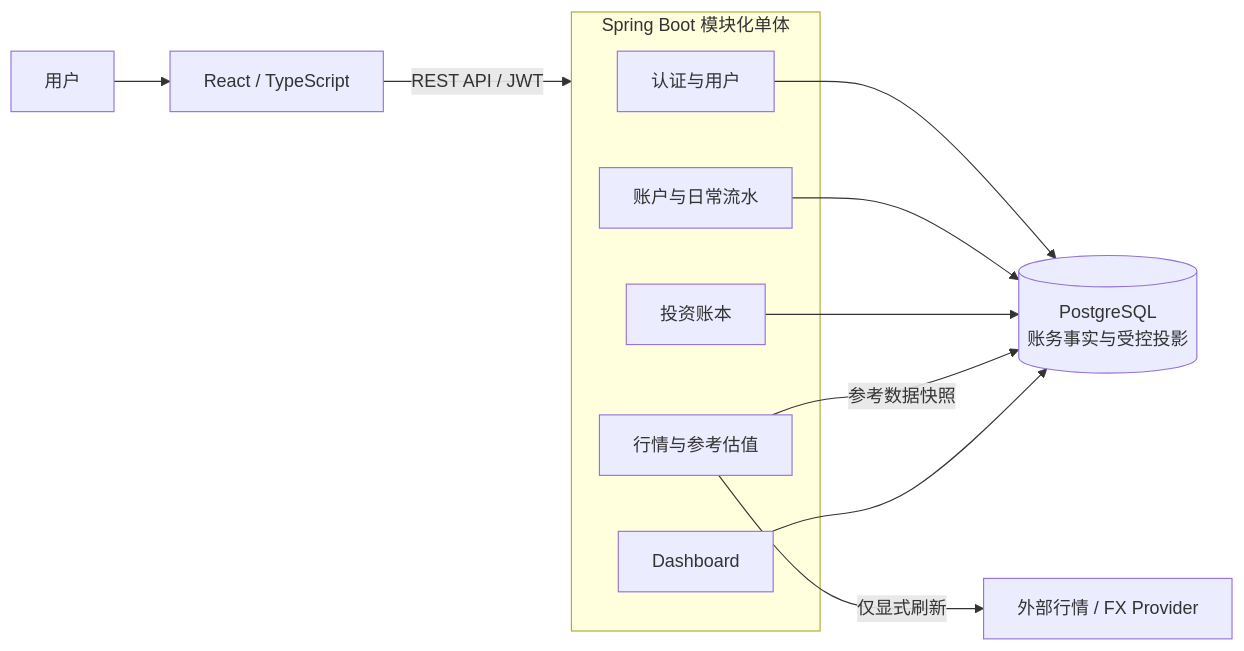
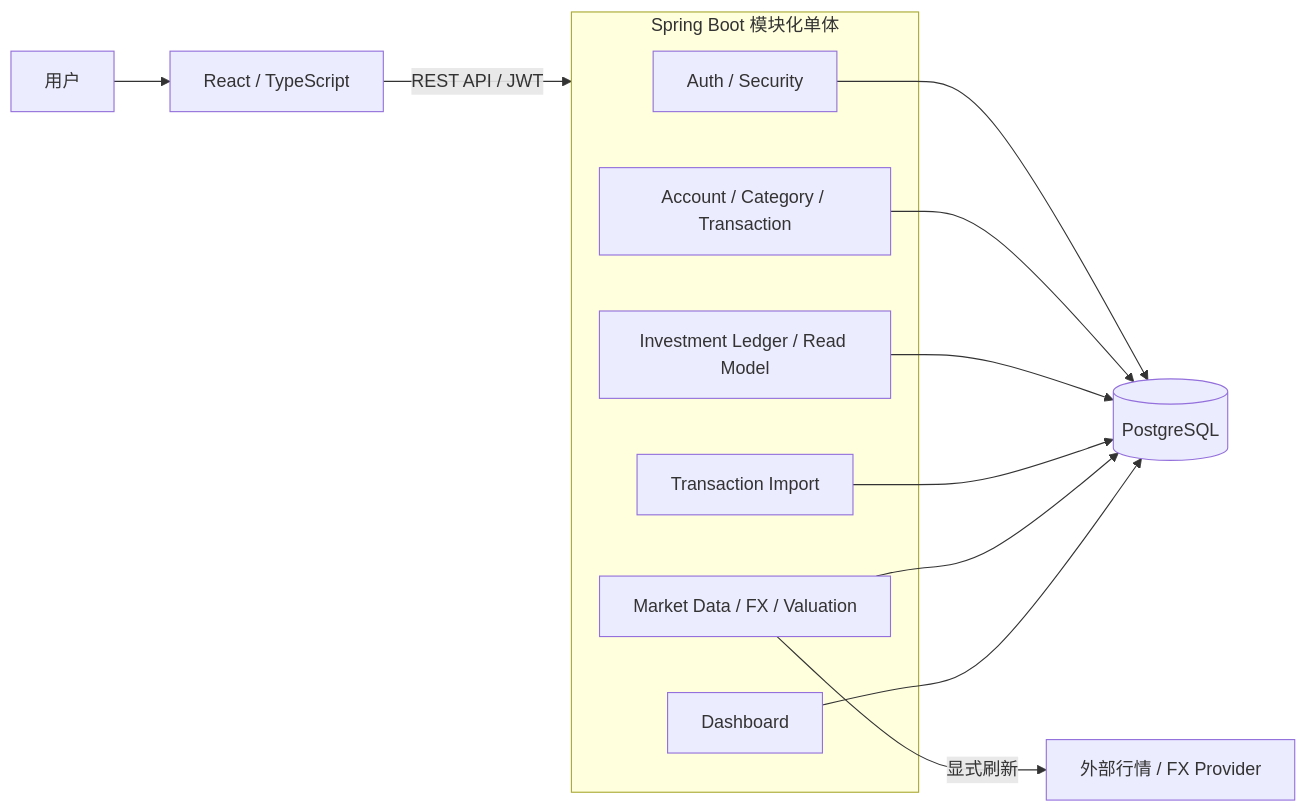
Before and after one commit to qianlixunbai/Personal-Finance-OS: the diagram in README.md, drawn with Mermaid. The commit also changed other lines of this file and 102 other files, not shown here.

````diff
--- a/README.md
+++ b/README.md
@@ -56,20 +52,22 @@
 ```mermaid
 flowchart LR
     U[用户] --> FE[React / TypeScript]
     FE -->|REST API / JWT| BE
 
     subgraph BE[Spring Boot 模块化单体]
-        AUTH[认证与用户]
-        BASIC[账户与日常流水]
-        INVEST[投资账本]
-        MARKET[行情与参考估值]
+        AUTH[Auth / Security]
+        CORE[Account / Category / Transaction]
+        INVEST[Investment Ledger / Read Model]
+        IMPORT[Transaction Import]
+        MARKET[Market Data / FX / Valuation]
         DASH[Dashboard]
     end
 
-    AUTH --> DB[(PostgreSQL<br/>账务事实与受控投影)]
-    BASIC --> DB
+    AUTH --> DB[(PostgreSQL)]
+    CORE --> DB
     INVEST --> DB
-    MARKET -->|参考数据快照| DB
+    IMPORT --> DB
+    MARKET --> DB
     DASH --> DB
-    MARKET -->|仅显式刷新| PROVIDER[外部行情 / FX Provider]
+    MARKET -->|显式刷新| PROVIDER[外部行情 / FX Provider]
 ```
````
